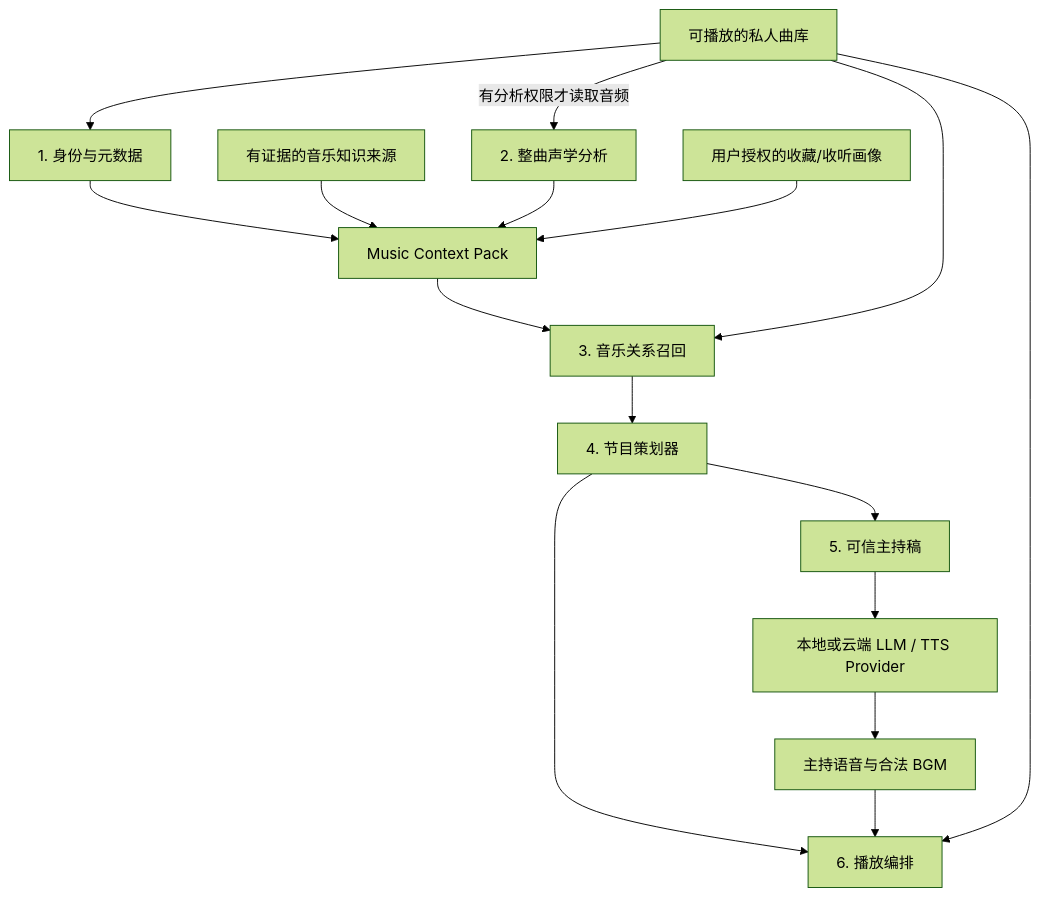
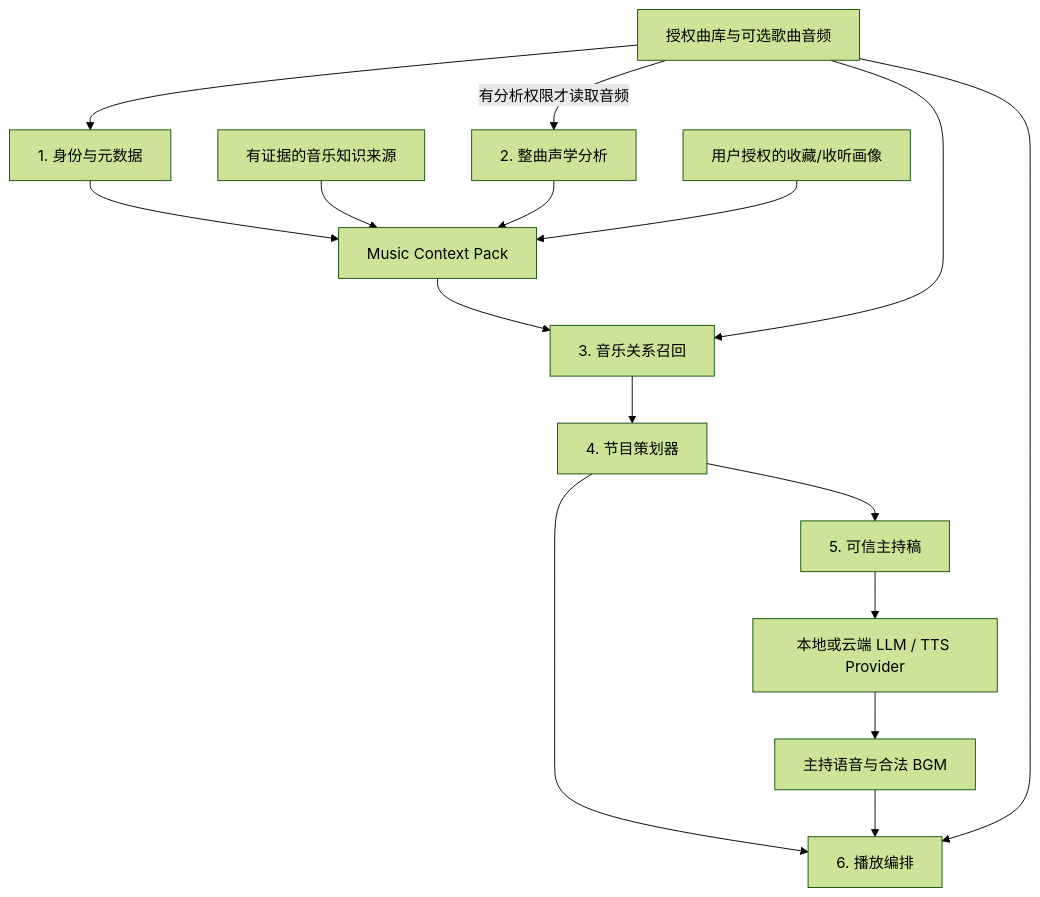
The diagram in docs/04-conceptual-architecture.zh-CN.md (JohnnyBGoodeLithium/AI-Music-Radio), drawn with Mermaid (forest theme) before and after one commit. The commit also changed other lines of this file and 19 other files, not shown here.

````diff
--- a/docs/04-conceptual-architecture.zh-CN.md
+++ b/docs/04-conceptual-architecture.zh-CN.md
@@ -26,18 +21,18 @@
 ```mermaid
 flowchart TD
-  S[可播放的私人曲库] --> ID[1. 身份与元数据]
+  S[授权曲库与可选歌曲音频] --> ID[1. 身份与元数据]
   ID --> CTX[Music Context Pack]
   K[有证据的音乐知识来源] --> CTX
   S -->|有分析权限才读取音频| AF[2. 整曲声学分析]
   AF --> CTX
   P[用户授权的收藏/收听画像] --> CTX
   CTX --> RET[3. 音乐关系召回]
   S --> RET
   RET --> PLAN[4. 节目策划器]
   PLAN --> SCRIPT[5. 可信主持稿]
   SCRIPT --> PROVIDER[本地或云端 LLM / TTS Provider]
   PROVIDER --> ASSET[主持语音与合法 BGM]
   PLAN --> PLAY[6. 播放编排]
   ASSET --> PLAY
   S --> PLAY
 ```
````
